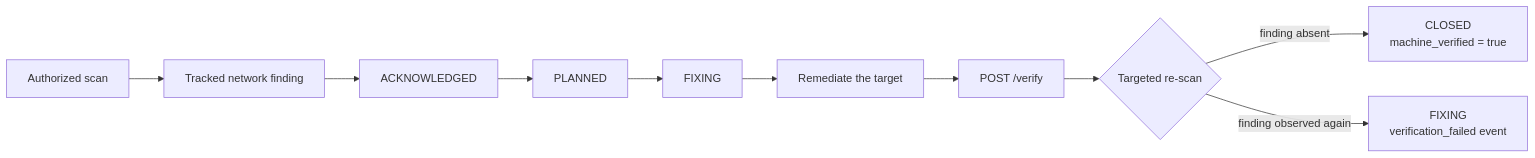
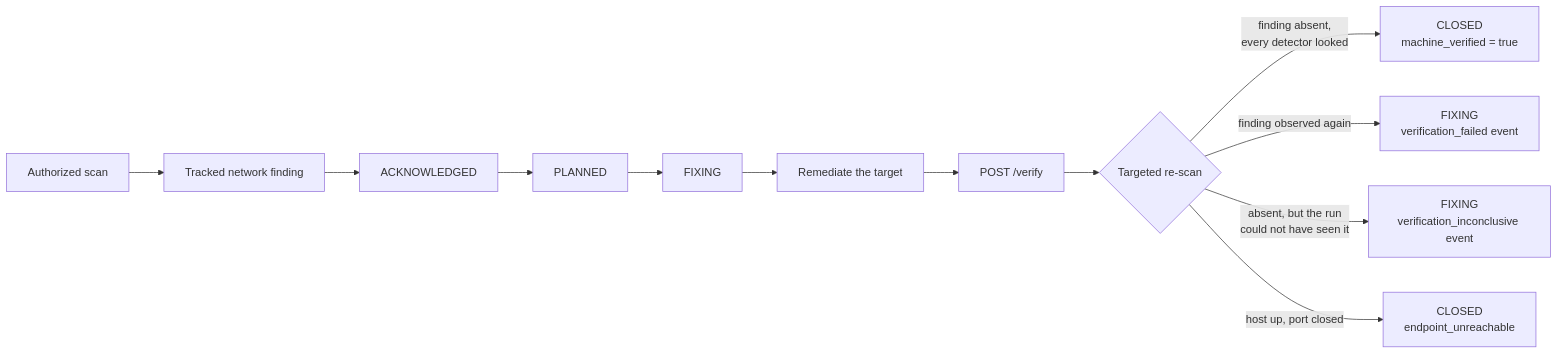
The diagram in docs/demo-remediation-loop.md (onixus/Shapoclyack), drawn with Mermaid before and after one commit. The commit also changed other lines of this file and 5 other files, not shown here.

````diff
--- a/docs/demo-remediation-loop.md
+++ b/docs/demo-remediation-loop.md
@@ -18,12 +18,14 @@
 ```mermaid
 flowchart LR
     A[Authorized scan] --> B[Tracked network finding]
     B --> C[ACKNOWLEDGED]
     C --> D[PLANNED]
     D --> E[FIXING]
     E --> F[Remediate the target]
     F --> G[POST /verify]
     G --> H{Targeted re-scan}
-    H -->|finding absent| I[CLOSED<br/>machine_verified = true]
+    H -->|finding absent,<br/>every detector looked| I[CLOSED<br/>machine_verified = true]
     H -->|finding observed again| J[FIXING<br/>verification_failed event]
+    H -->|absent, but the run<br/>could not have seen it| K[FIXING<br/>verification_inconclusive event]
+    H -->|host up, port closed| L[CLOSED<br/>endpoint_unreachable]
 ```
````
